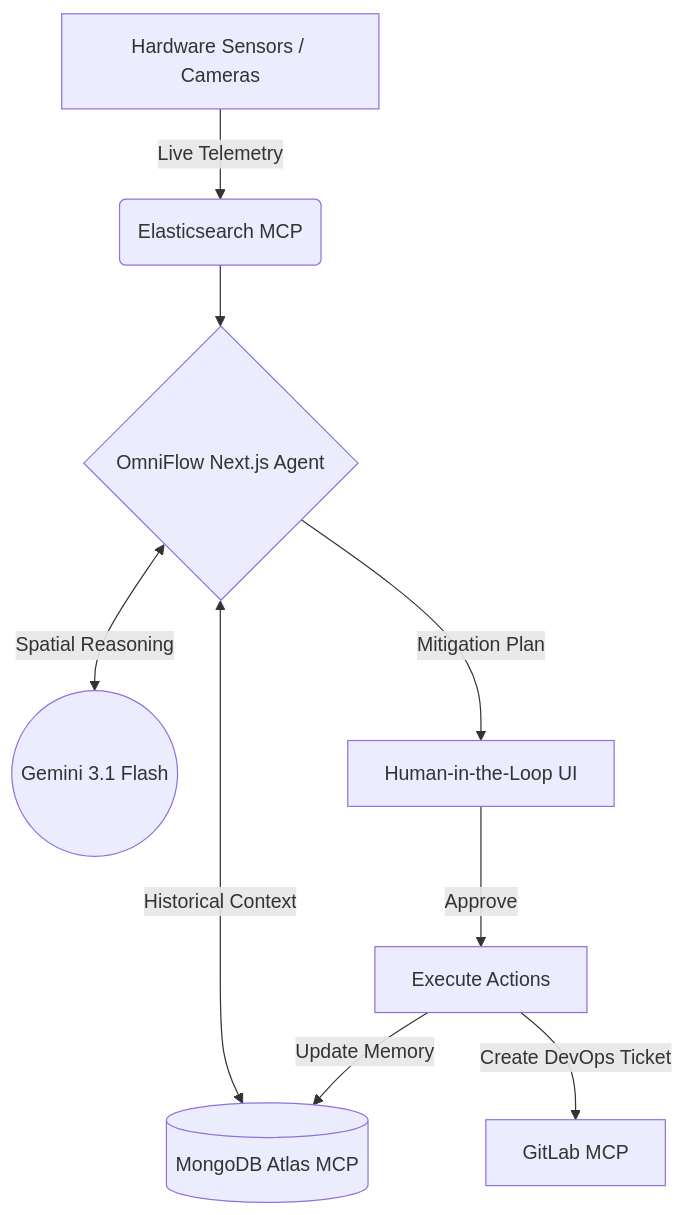
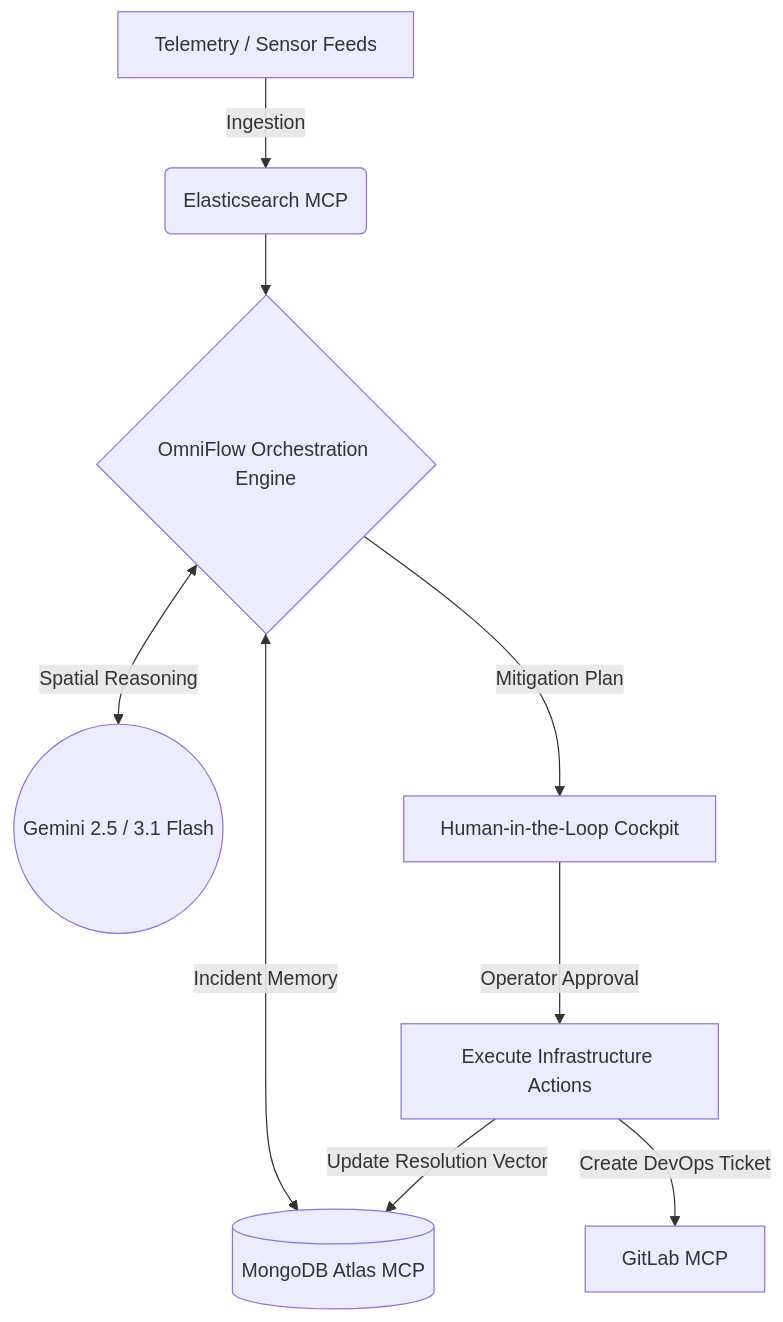
The diagram in README.md (HamzaKhanBUIC/omniflow-ai), drawn with Mermaid before and after one commit. The commit also changed other lines of this file, not shown here.

Commit message:
docs: restructure README into technical spatial reasoning agent specification

````diff
--- a/README.md
+++ b/README.md
@@ -25,11 +26,11 @@
 ```mermaid
-graph TD;
-    A[Hardware Sensors / Cameras] -->|Live Telemetry| B(Elasticsearch MCP);
-    B --> C{OmniFlow Next.js Agent};
-    C <-->|Spatial Reasoning| D((Gemini 3.1 Flash));
-    C <-->|Historical Context| E[(MongoDB Atlas MCP)];
-    C -->|Mitigation Plan| F[Human-in-the-Loop UI];
-    F -->|Approve| G[Execute Actions];
-    G -->|Create DevOps Ticket| H[GitLab MCP];
-    G -->|Update Memory| E;
+graph TD
+    A[Telemetry / Sensor Feeds] -->|Ingestion| B(Elasticsearch MCP)
+    B --> C{OmniFlow Orchestration Engine}
+    C <-->|Spatial Reasoning| D((Gemini 2.5 / 3.1 Flash))
+    C <-->|Incident Memory| E[(MongoDB Atlas MCP)]
+    C -->|Mitigation Plan| F[Human-in-the-Loop Cockpit]
+    F -->|Operator Approval| G[Execute Infrastructure Actions]
+    G -->|Create DevOps Ticket| H[GitLab MCP]
+    G -->|Update Resolution Vector| E
 ```
````
